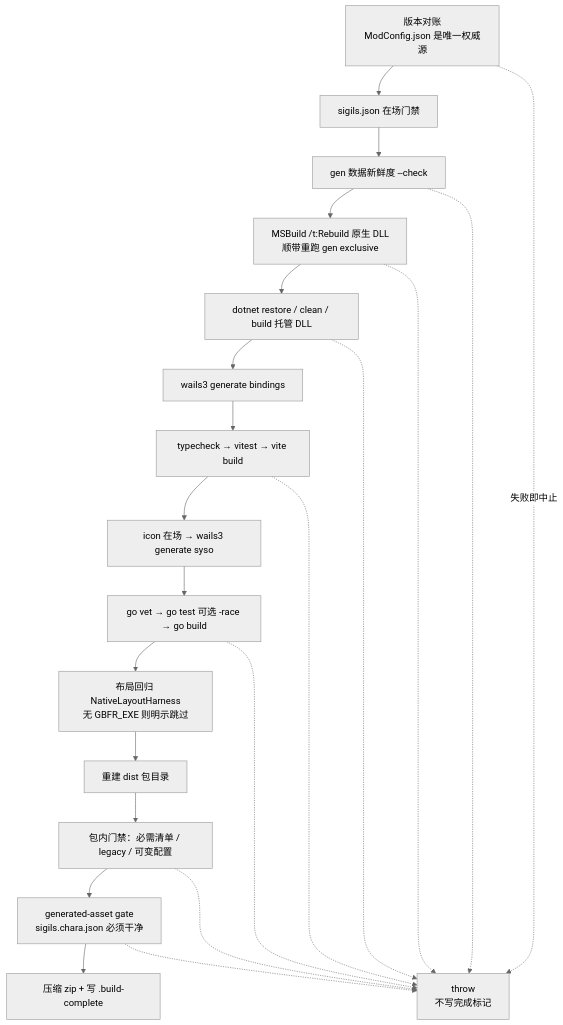
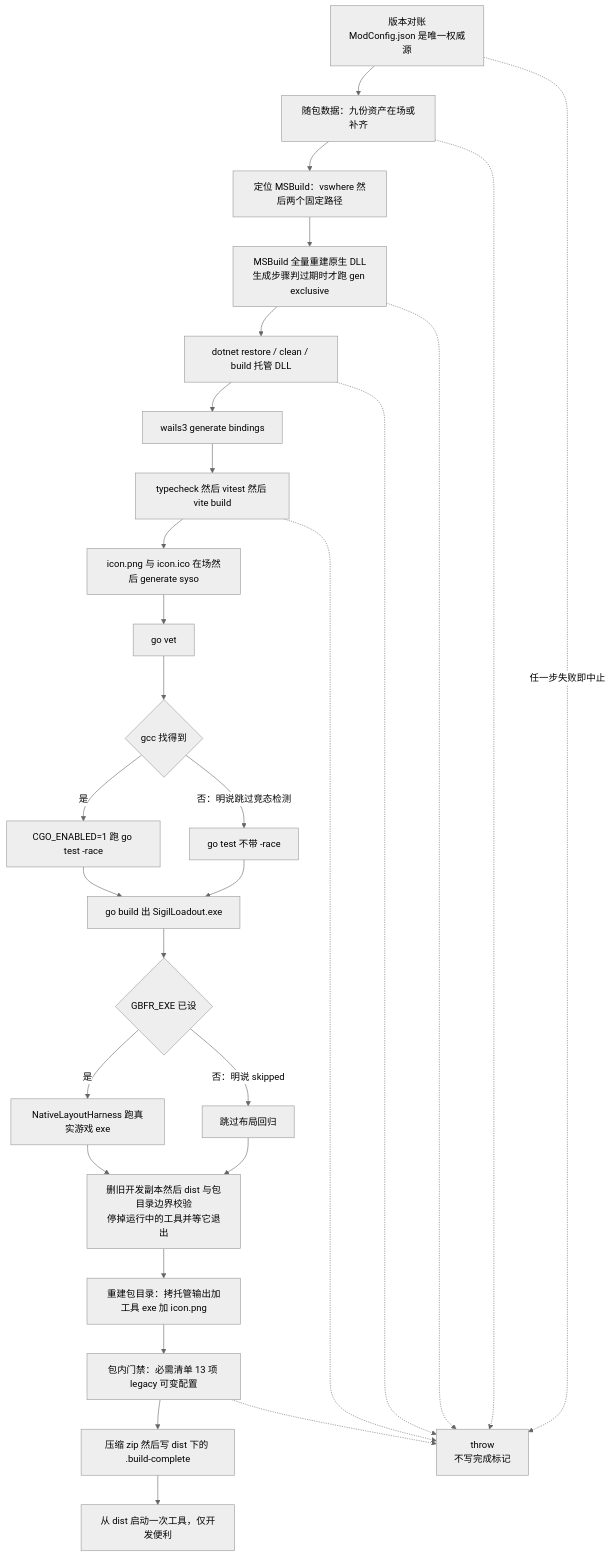
The first of 3 diagrams in openwiki/operations/build-and-release.md (baagod/GBFR-Sigil-Loadout), drawn with Mermaid (neutral theme) before and after one commit. The commit also changed other lines of this file and 38 other files, not shown here.

````diff
--- a/openwiki/operations/build-and-release.md
+++ b/openwiki/operations/build-and-release.md
@@ -98,24 +98,31 @@
 ```mermaid
 flowchart TD
-    V["版本对账<br/>ModConfig.json 是唯一权威源"] --> PRES["sigils.json 在场门禁"]
-    PRES --> FRESH["gen 数据新鲜度 --check"]
-    FRESH --> NAT["MSBuild /t:Rebuild 原生 DLL<br/>顺带重跑 gen exclusive"]
+    V["版本对账<br/>ModConfig.json 是唯一权威源"] --> A["随包数据：九份资产在场或补齐"]
+    A --> M["定位 MSBuild：vswhere 然后两个固定路径"]
+    M --> NAT["MSBuild 全量重建原生 DLL<br/>生成步骤判过期时才跑 gen exclusive"]
     NAT --> MAN["dotnet restore / clean / build 托管 DLL"]
-    MAN --> TOOLA["wails3 generate bindings"]
-    TOOLA --> TOOLB["typecheck → vitest → vite build"]
-    TOOLB --> TOOLC["icon 在场 → wails3 generate syso"]
-    TOOLC --> TOOLD["go vet → go test 可选 -race → go build"]
-    TOOLD --> HARN["布局回归 NativeLayoutHarness<br/>无 GBFR_EXE 则明示跳过"]
-    HARN --> DIST["重建 dist 包目录"]
-    DIST --> PKG["包内门禁：必需清单 / legacy / 可变配置"]
-    PKG --> GEN["generated-asset gate<br/>sigils.chara.json 必须干净"]
-    GEN --> ART["压缩 zip + 写 .build-complete"]
-    V -.->|"失败即中止"| ABORT["throw<br/>不写完成标记"]
-    FRESH -.-> ABORT
+    MAN --> T1["wails3 generate bindings"]
+    T1 --> T2["typecheck 然后 vitest 然后 vite build"]
+    T2 --> T3["icon.png 与 icon.ico 在场然后 generate syso"]
+    T3 --> T4["go vet"]
+    T4 --> GCC{"gcc 找得到"}
+    GCC -->|"是"| R1["CGO_ENABLED=1 跑 go test -race"]
+    GCC -->|"否：明说跳过竞态检测"| R0["go test 不带 -race"]
+    R1 --> GB["go build 出 SigilLoadout.exe"]
+    R0 --> GB
+    GB --> HX{"GBFR_EXE 已设"}
+    HX -->|"是"| HARN["NativeLayoutHarness 跑真实游戏 exe"]
+    HX -->|"否：明说 skipped"| SKIP["跳过布局回归"]
+    HARN --> CLN["删旧开发副本然后 dist 与包目录边界校验<br/>停掉运行中的工具并等它退出"]
+    SKIP --> CLN
+    CLN --> PKG["重建包目录：拷托管输出加工具 exe 加 icon.png"]
+    PKG --> G["包内门禁：必需清单 13 项 legacy 可变配置"]
+    G --> ART["压缩 zip 然后写 dist 下的 .build-complete"]
+    ART --> DEV["从 dist 启动一次工具，仅开发便利"]
+    V -.->|"任一步失败即中止"| ABORT["throw<br/>不写完成标记"]
+    A -.-> ABORT
     NAT -.-> ABORT
     MAN -.-> ABORT
-    TOOLB -.-> ABORT
-    TOOLD -.-> ABORT
-    PKG -.-> ABORT
-    GEN -.-> ABORT
+    T2 -.-> ABORT
+    G -.-> ABORT
 ```
````
